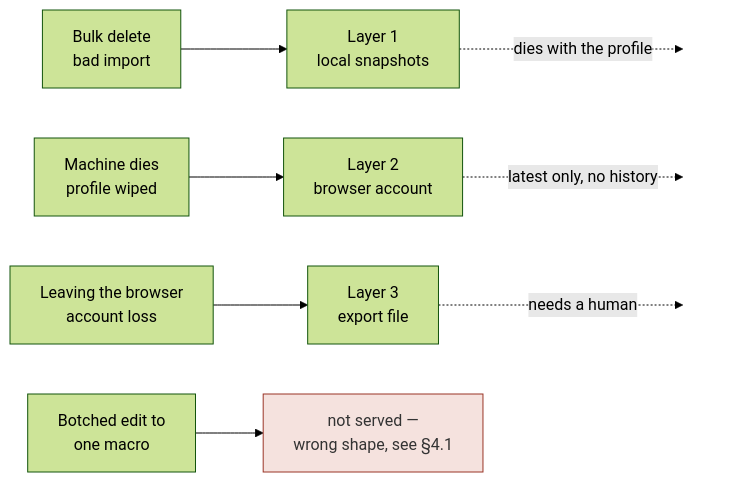
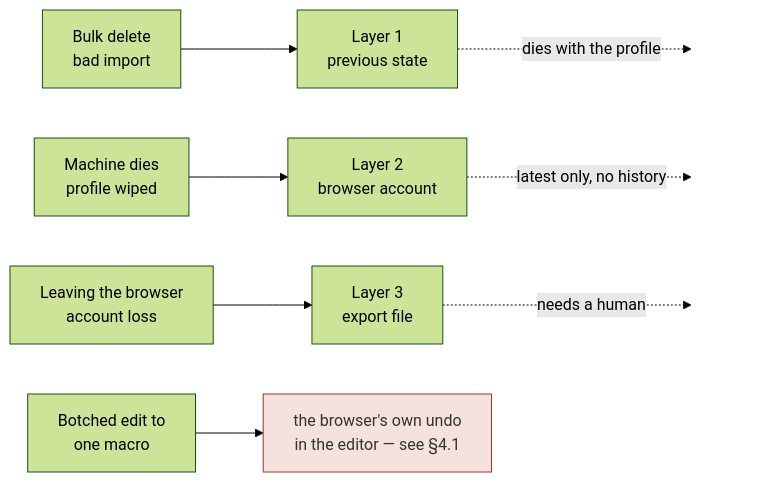
One commit to Jorge-Gonzalez/monky changed the sixth of 6 diagrams in docs/storage-design.md. Above: the diagram before and after it, drawn with Mermaid (forest theme). The commit also changed other lines of this file and 35 other files, not shown here.

First line of the commit message:
refactor(store): replace the snapshot history with a previous state, and recovery with one list

````diff
--- a/docs/storage-design.md
+++ b/docs/storage-design.md
@@ -411,16 +427,16 @@
 ```mermaid
 flowchart LR
-    F1["Bulk delete<br/>bad import"] --> L1["Layer 1<br/>local snapshots"]
+    F1["Bulk delete<br/>bad import"] --> L1["Layer 1<br/>previous state"]
     F2["Machine dies<br/>profile wiped"] --> L2["Layer 2<br/>browser account"]
     F3["Leaving the browser<br/>account loss"] --> L3["Layer 3<br/>export file"]
-    F4["Botched edit to<br/>one macro"] --> NONE["not served —<br/>wrong shape, see §4.1"]
+    F4["Botched edit to<br/>one macro"] --> NONE["the browser's own undo<br/>in the editor — see §4.1"]
 
     L1 -.->|"dies with the profile"| X1[" "]
     L2 -.->|"latest only, no history"| X2[" "]
     L3 -.->|"needs a human"| X3[" "]
 
     style NONE fill:#f5e2de,stroke:#9a3527,color:#333
     style X1 fill:none,stroke:none
     style X2 fill:none,stroke:none
     style X3 fill:none,stroke:none
 ```
````
